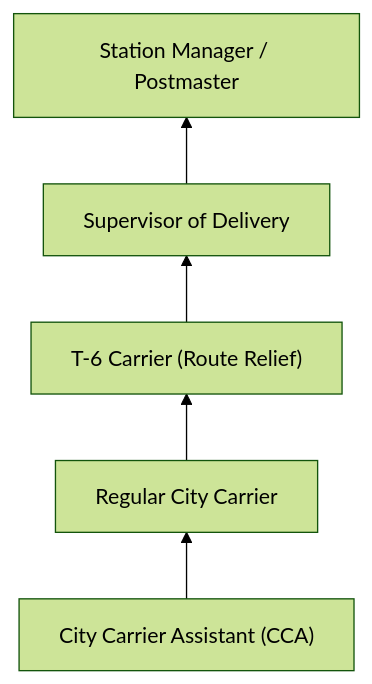
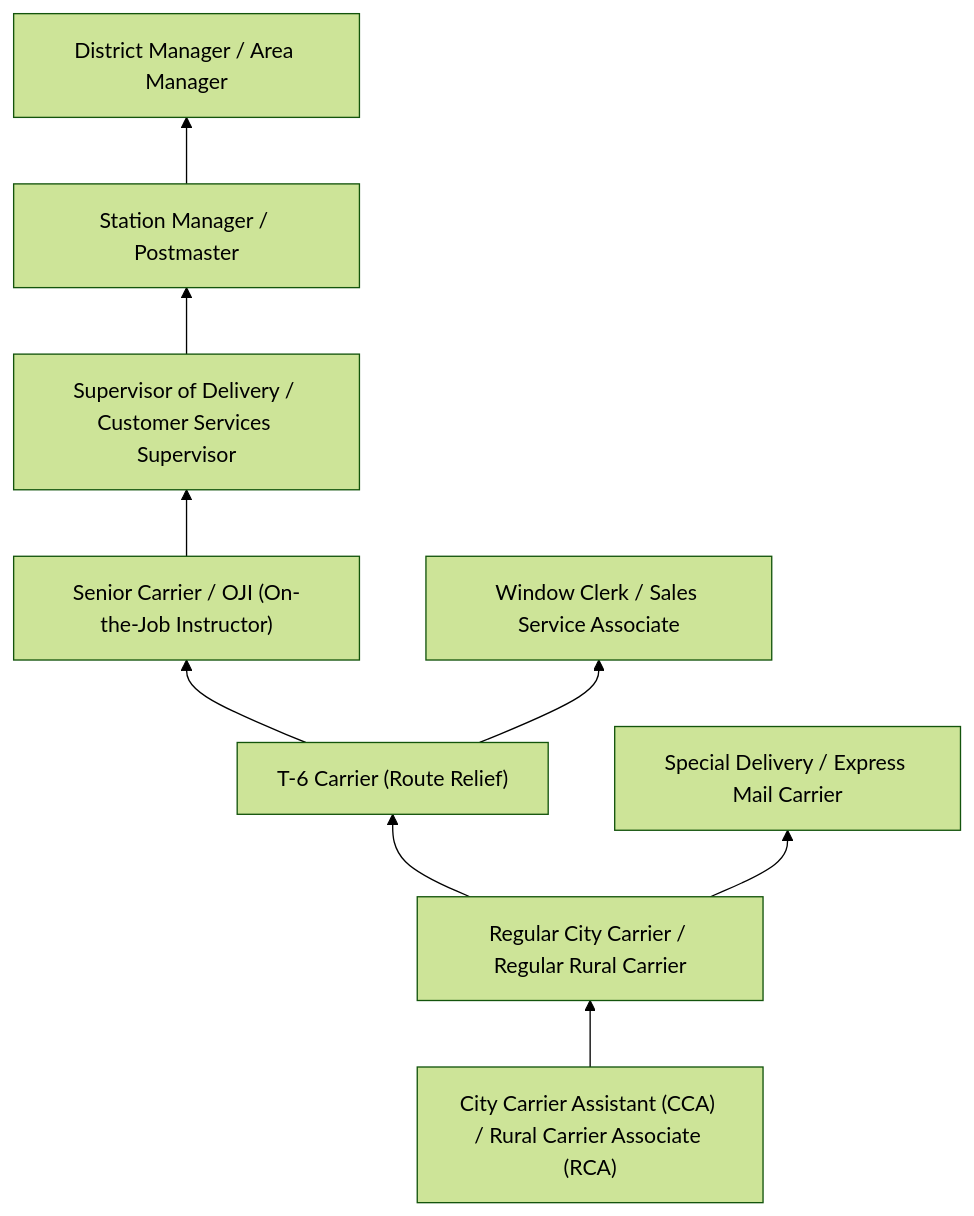
Before and after one commit to kziemski/business.org.ai: the third of 4 diagrams in occupations/Administrative/PostalServiceMailCarriers.mdx, drawn with Mermaid (forest theme). The commit also changed other lines of this file and 19 other files, not shown here.

````diff
--- a/occupations/Administrative/PostalServiceMailCarriers.mdx
+++ b/occupations/Administrative/PostalServiceMailCarriers.mdx
@@ -75,7 +136,12 @@
 ```mermaid
 graph BT
-    Entry["City Carrier Assistant (CCA)"] --> Mid["Regular City Carrier"]
-    Mid --> T6["T-6 Carrier (Route Relief)"]
-    T6 --> Supervisor["Supervisor of Delivery"]
+    Entry["City Carrier Assistant (CCA) / Rural Carrier Associate (RCA)"] --> Regular["Regular City Carrier / Regular Rural Carrier"]
+    Regular --> T6["T-6 Carrier (Route Relief)"]
+    T6 --> SeniorCarrier["Senior Carrier / OJI (On-the-Job Instructor)"]
+    SeniorCarrier --> Supervisor["Supervisor of Delivery / Customer Services Supervisor"]
     Supervisor --> Manager["Station Manager / Postmaster"]
+    Manager --> District["District Manager / Area Manager"]
+
+    Regular --> Special["Special Delivery / Express Mail Carrier"]
+    T6 --> Clerk["Window Clerk / Sales Service Associate"]
 ```
````
